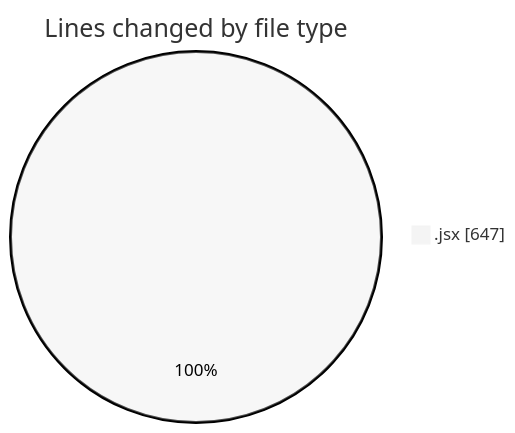
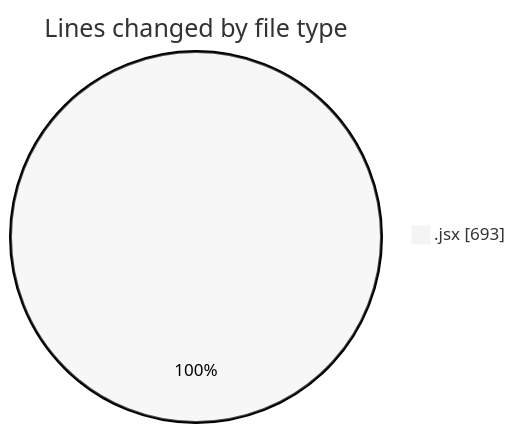
The first of 2 diagrams in 2025-06-06/nxtqube_webapp/README.md (nxtqubesakshisongat/code-tracking), drawn with Mermaid (neutral theme) before and after one commit. The commit also changed other lines of this file and 1 other file, not shown here.

````diff
--- a/2025-06-06/nxtqube_webapp/README.md
+++ b/2025-06-06/nxtqube_webapp/README.md
@@ -20,5 +20,5 @@
 ```mermaid
 pie showData
 title Lines changed by file type
-".jsx" : 647
+".jsx" : 693
 ```
````
